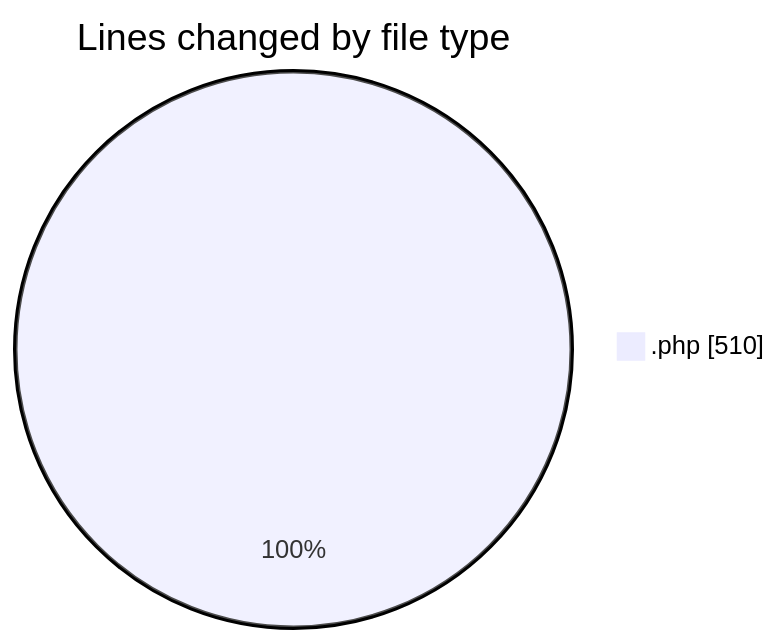
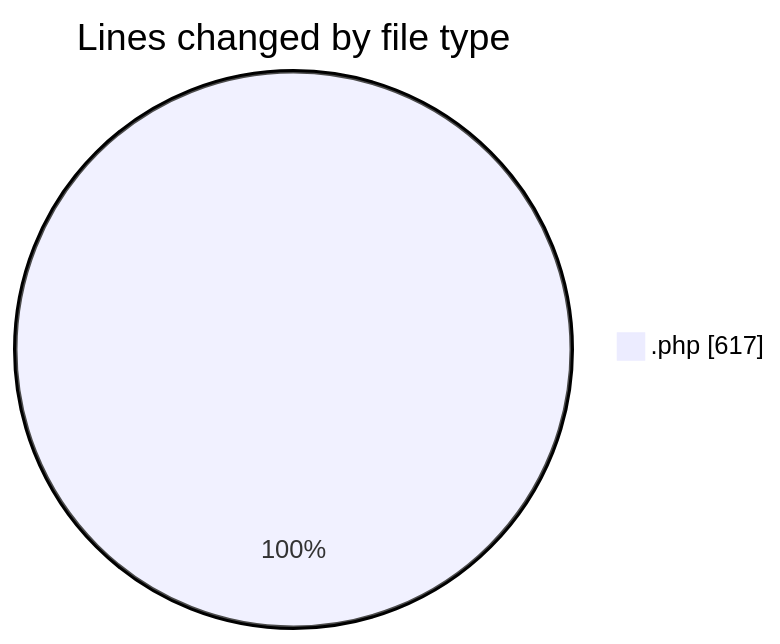
One commit to debugP/code-tracking changed the first of 2 diagrams in 2025-09-24/plugins/README.md. Above: the diagram before and after it, drawn with Mermaid. The commit also changed other lines of this file and 1 other file, not shown here.

````diff
--- a/2025-09-24/plugins/README.md
+++ b/2025-09-24/plugins/README.md
@@ -20,5 +20,5 @@
 ```mermaid
 pie showData
 title Lines changed by file type
-".php" : 510
+".php" : 617
 ```
````
